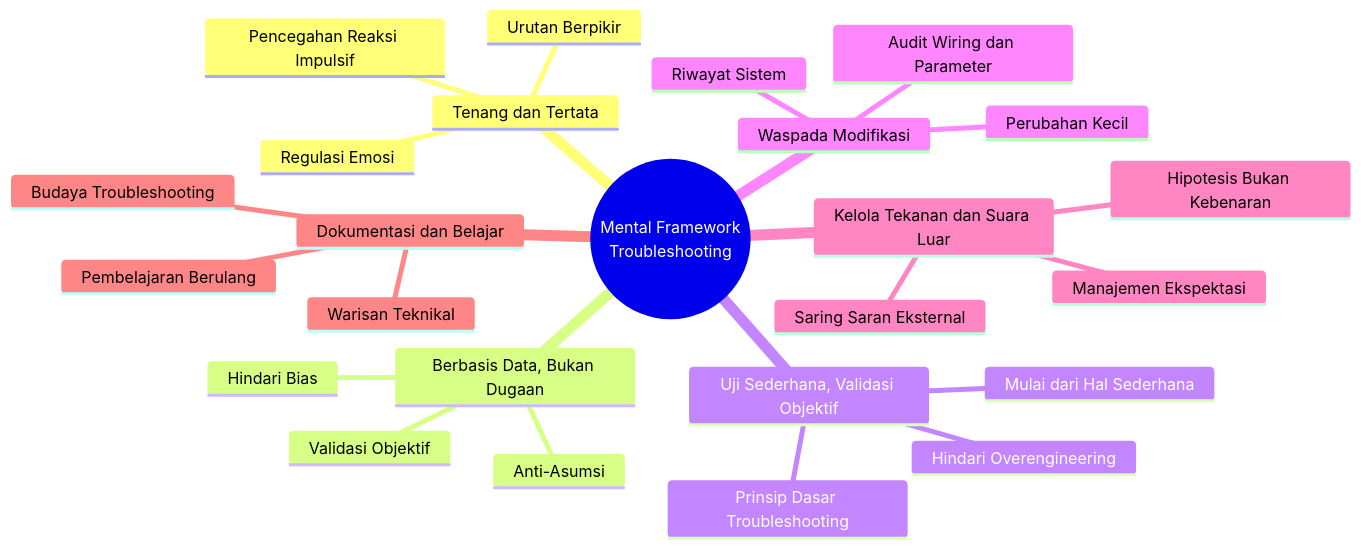
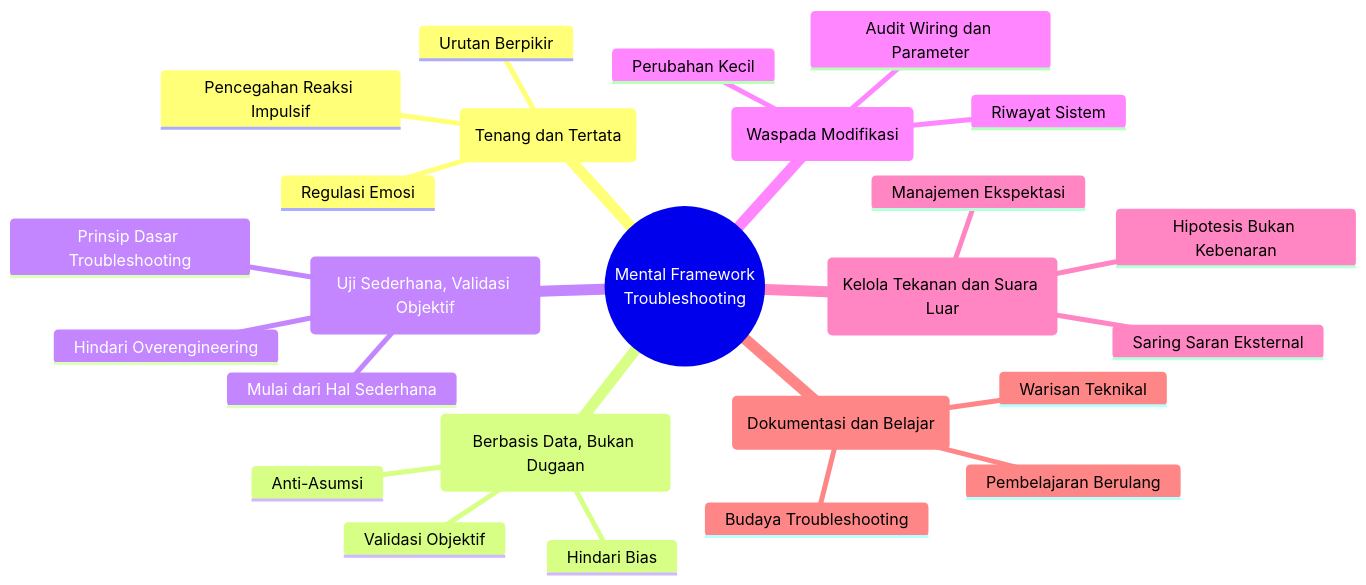
Before and after one commit to kumajaya/automation-blog: the diagram in docs/_posts/2025-10-29-mental-framework-troubleshooting-menjaga-akurasi-di-bawah-tekanan.md, drawn with Mermaid. The commit also changed other lines of this file, not shown here.

Commit message:
chore: sync Ghost CMS

```diff
--- a/docs/_posts/2025-10-29-mental-framework-troubleshooting-menjaga-akurasi-di-bawah-tekanan.md
+++ b/docs/_posts/2025-10-29-mental-framework-troubleshooting-menjaga-akurasi-di-bawah-tekanan.md
@@ -61,28 +61,32 @@
   <div class="mermaid">
+    ---
+    config:
+      theme: default
+    ---
     mindmap
       root((Mental Framework<br>Troubleshooting))
-        Tenang dan Tertata
+        (Tenang dan Tertata)
           Regulasi Emosi
           Urutan Berpikir
           Pencegahan Reaksi Impulsif
-        Berbasis Data, Bukan Dugaan
+        (Berbasis Data, Bukan Dugaan)
           Validasi Objektif
           Anti-Asumsi
           Hindari Bias
-        Uji Sederhana, Validasi Objektif
+        (Uji Sederhana, Validasi Objektif)
           Prinsip Dasar Troubleshooting
           Mulai dari Hal Sederhana
           Hindari Overengineering
-        Waspada Modifikasi
+        (Waspada Modifikasi)
           Riwayat Sistem
           Perubahan Kecil
           Audit Wiring dan Parameter
-        Kelola Tekanan dan Suara Luar
+        (Kelola Tekanan dan Suara Luar)
           Hipotesis Bukan Kebenaran
           Manajemen Ekspektasi
           Saring Saran Eksternal
-        Dokumentasi dan Belajar
+        (Dokumentasi dan Belajar)
           Pembelajaran Berulang
           Warisan Teknikal
           Budaya Troubleshooting
   </div>
```
